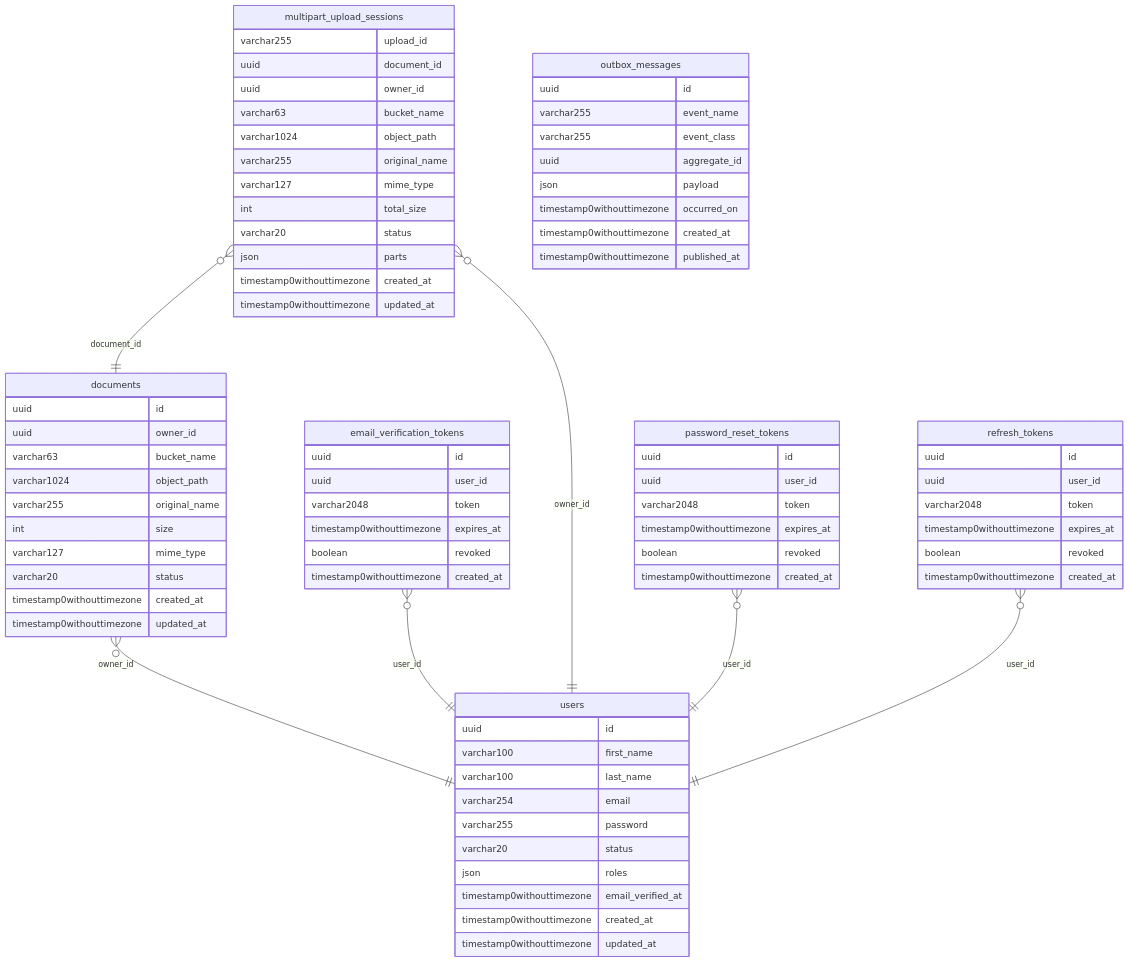
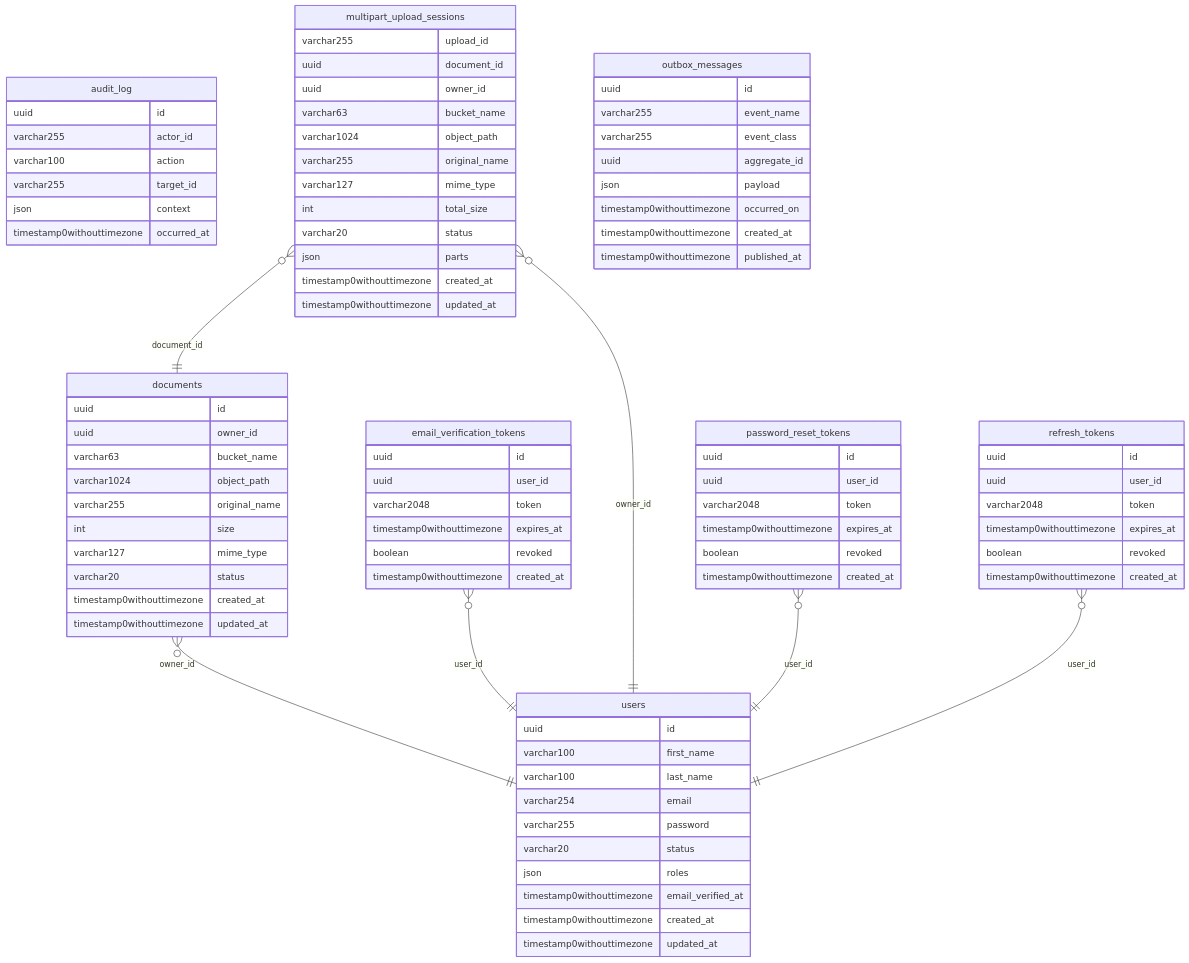
The diagram in docs/er-diagram.md (SorenMesselier-Sentis/template-ddd-symfony-api), drawn with Mermaid before and after one commit.

Commit message:
chore: regenerate ER diagram

````diff
--- a/docs/er-diagram.md
+++ b/docs/er-diagram.md
@@ -3,5 +3,13 @@
 ```mermaid
 erDiagram
+    audit_log {
+        uuid id
+        varchar255 actor_id
+        varchar100 action
+        varchar255 target_id
+        json context
+        timestamp0withouttimezone occurred_at
+    }
     documents {
         uuid id
         uuid owner_id
````
